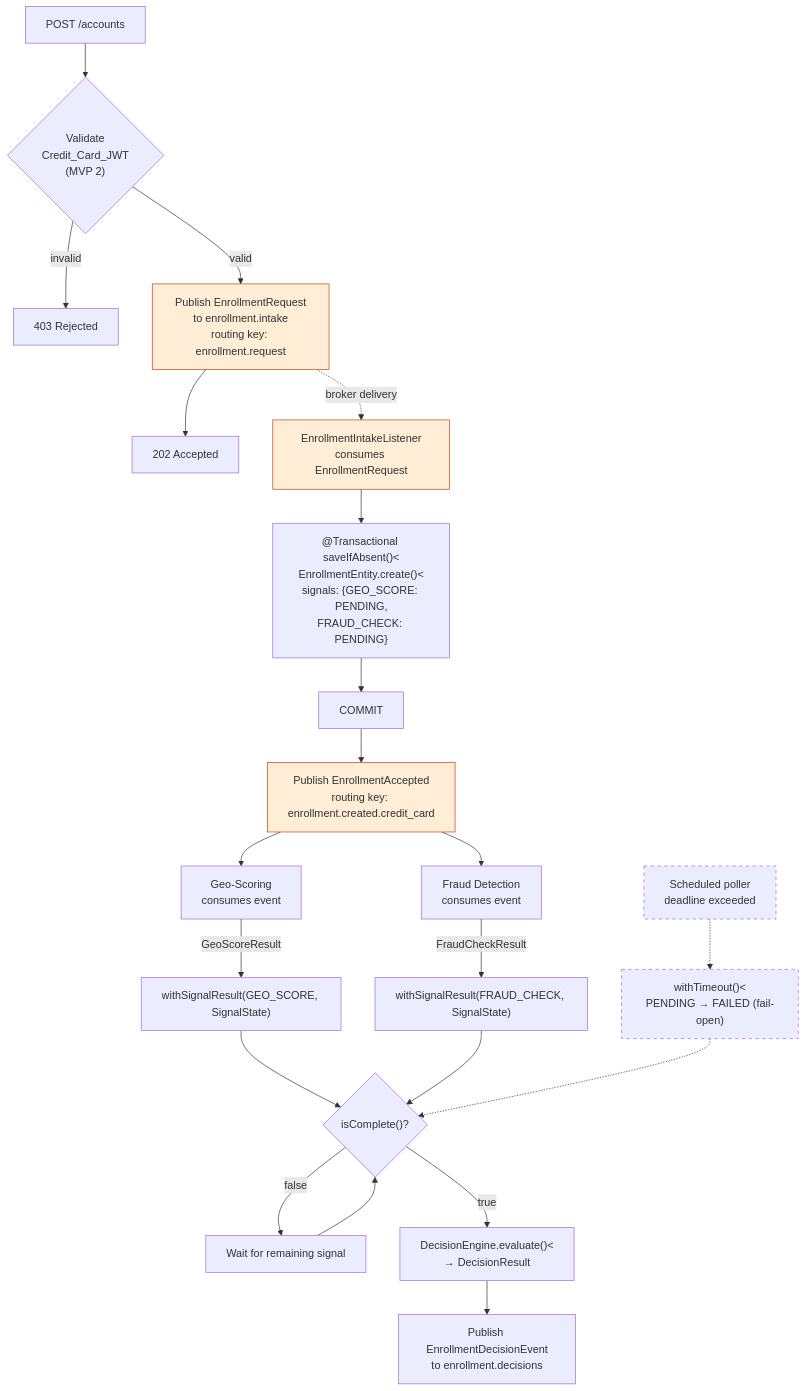
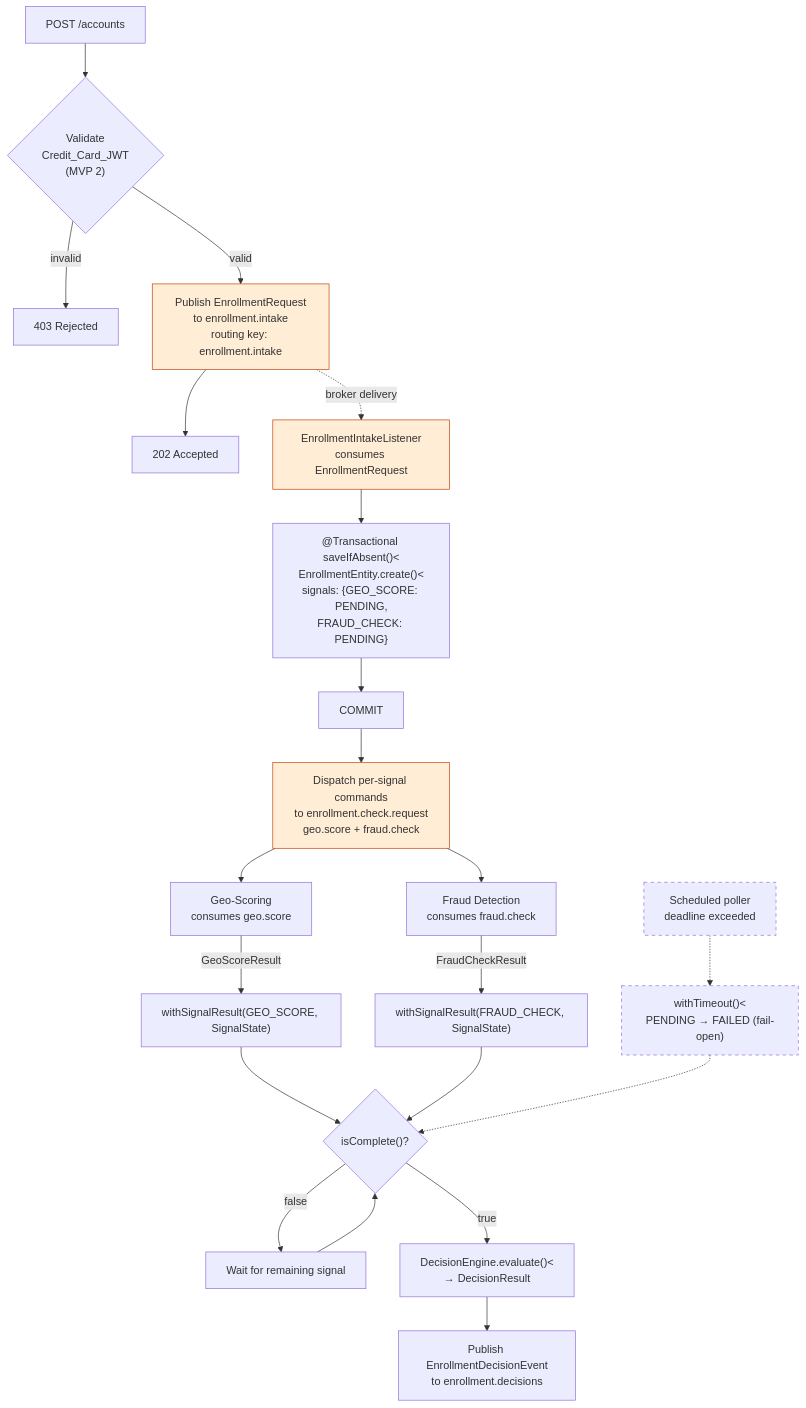
One commit to angelasindic/enrollment-hub changed the diagram in decision-engine/design.md. Above: the diagram before and after it, drawn with Mermaid. The commit also changed other lines of this file and 7 other files, not shown here.

Commit message:
per-signal request/reply messaging topology (#15)

````diff
--- a/decision-engine/design.md
+++ b/decision-engine/design.md
@@ -259,36 +259,36 @@
 ```mermaid
 flowchart TD
     POST["POST /accounts"] --> validate{"Validate<br/>Credit_Card_JWT<br/>(MVP 2)"}
     validate -- invalid --> reject["403 Rejected"]
-    validate -- valid --> intakePub["Publish EnrollmentRequest<br/>to enrollment.intake<br/>routing key: enrollment.request"]
+    validate -- valid --> intakePub["Publish EnrollmentRequest<br/>to enrollment.intake<br/>routing key: enrollment.intake"]
     intakePub --> http202["202 Accepted"]
 
     intakePub -.->|broker delivery| intakeListen["EnrollmentIntakeListener<br/>consumes EnrollmentRequest"]
     intakeListen --> startTx["@Transactional saveIfAbsent()<<br/>EnrollmentEntity.create()<<br/>signals: {GEO_SCORE: PENDING,<br/>FRAUD_CHECK: PENDING}"]
     startTx --> commit["COMMIT"]
-    commit --> postCommit["Publish EnrollmentAccepted<br/>routing key: enrollment.created.credit_card"]
+    commit --> postCommit["Dispatch per-signal commands<br/>to enrollment.check.request<br/>geo.score + fraud.check"]
 
-    postCommit --> geo["Geo-Scoring<br/>consumes event"]
-    postCommit --> fraud["Fraud Detection<br/>consumes event"]
+    postCommit --> geo["Geo-Scoring<br/>consumes geo.score"]
+    postCommit --> fraud["Fraud Detection<br/>consumes fraud.check"]
 
     geo -- "GeoScoreResult" --> wGeo["withSignalResult(GEO_SCORE, SignalState)"]
     fraud -- "FraudCheckResult" --> wFraud["withSignalResult(FRAUD_CHECK, SignalState)"]
 
     wGeo --> complete{"isComplete()?"}
     wFraud --> complete
 
     complete -- "false" --> wait["Wait for remaining signal"]
     wait --> complete
 
     complete -- "true" --> decision["DecisionEngine.evaluate()<<br/>→ DecisionResult"]
     decision --> event["Publish EnrollmentDecisionEvent<br/>to enrollment.decisions"]
 
     timeout["Scheduled poller<br/>deadline exceeded"] -.-> wTimeout["withTimeout()<<br/>PENDING → FAILED (fail-open)"]
     wTimeout -.-> complete
 
     style timeout stroke-dasharray: 5 5
     style wTimeout stroke-dasharray: 5 5
     style intakePub fill:#ffedd5,stroke:#c2410c
     style intakeListen fill:#ffedd5,stroke:#c2410c
     style postCommit fill:#ffedd5,stroke:#c2410c
 ```
````
